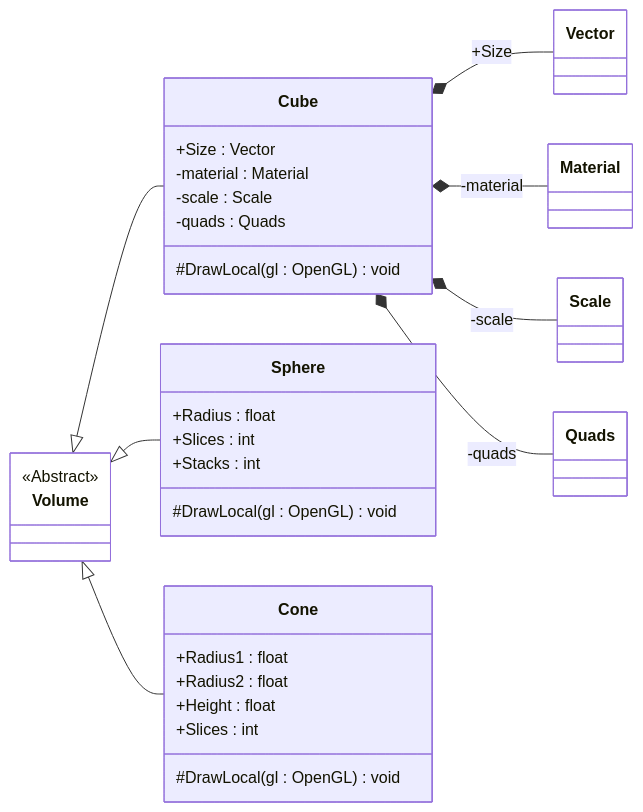
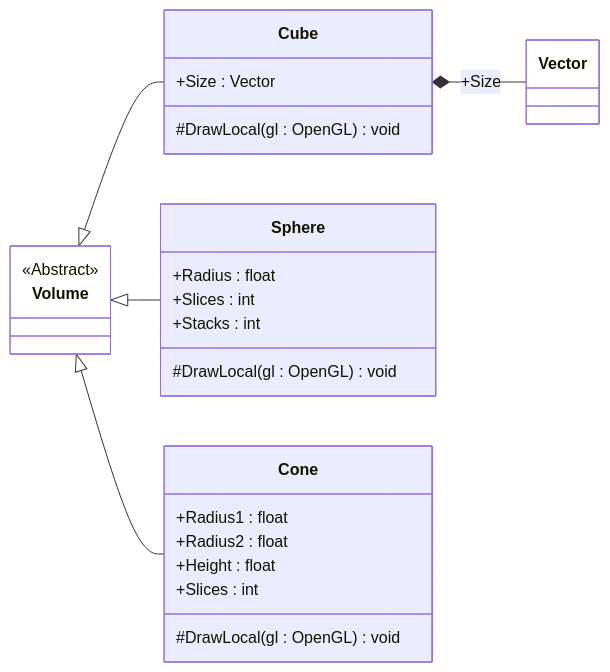
The diagram in Quellen/WS25/VorlageSzenengraph3D/Model.Volume.mmd (ghackenberg/kurs-computer-simulation), drawn with Mermaid before and after one commit. The commit also changed 7 other files, not shown here.

Commit message:
update class diagrams

```diff
--- a/Quellen/WS25/VorlageSzenengraph3D/Model.Volume.mmd
+++ b/Quellen/WS25/VorlageSzenengraph3D/Model.Volume.mmd
@@ -1,45 +1,36 @@
 classDiagram
 
     direction LR
 
     class Volume {
         <<Abstract>>
     }
 
     class Cube {
         +Size : Vector
-        -material : Material
-        -scale : Scale
-        -quads : Quads
         #DrawLocal(gl : OpenGL) void
     }
 
     class Sphere {
         +Radius : float
         +Slices : int
         +Stacks : int
         #DrawLocal(gl : OpenGL) void
     }
 
     class Cone {
         +Radius1 : float
         +Radius2 : float
         +Height : float
         +Slices : int
         #DrawLocal(gl : OpenGL) void
     }
 
     Volume <|-- Cube
     Volume <|-- Sphere
     Volume <|-- Cone
 
     Cube *-- Vector : +Size
-    Cube *-- Material : -material
-    Cube *-- Scale : -scale
-    Cube *-- Quads : -quads
 
     style Volume fill:white
     style Vector fill:white
-    style Material fill:white
-    style Scale fill:white
-    style Quads fill:white
```
